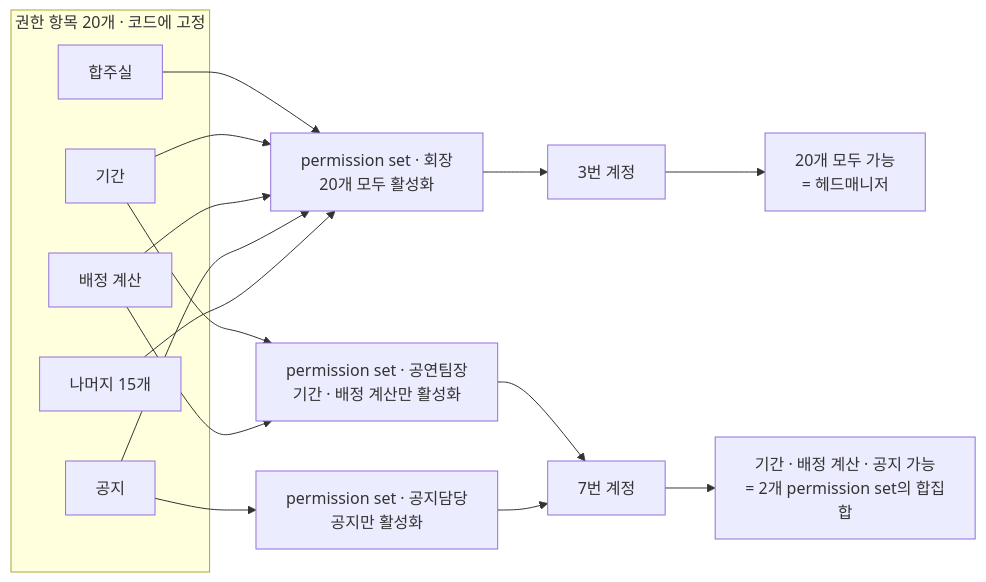
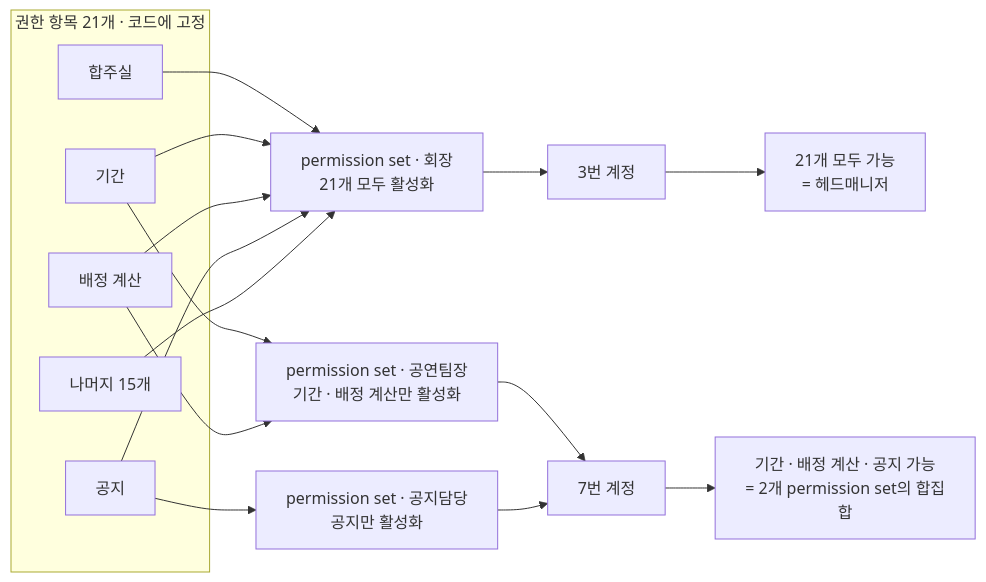
The third of 4 diagrams in .cluedoc/accounts-and-roles/README.md (minkong-dev/Banblit), drawn with Mermaid before and after one commit. The commit also changed other lines of this file and 14 other files, not shown here.

````diff
--- a/.cluedoc/accounts-and-roles/README.md
+++ b/.cluedoc/accounts-and-roles/README.md
@@ -352,23 +353,23 @@
 ```mermaid
 flowchart LR
-    subgraph I[권한 항목 20개 · 코드에 고정]
+    subgraph I[권한 항목 21개 · 코드에 고정]
         A1[합주실]
         A2[기간]
         A3[배정 계산]
         A4[공지]
         A5[나머지 15개]
     end
     A1 --> B1
     A2 --> B1
     A3 --> B1
     A4 --> B1
     A5 --> B1
     A2 --> B2
     A3 --> B2
     A4 --> B3
-    B1[permission set · 회장<br/>20개 모두 활성화] --> M1[3번 계정]
+    B1[permission set · 회장<br/>21개 모두 활성화] --> M1[3번 계정]
     B2[permission set · 공연팀장<br/>기간 · 배정 계산만 활성화] --> M2[7번 계정]
     B3[permission set · 공지담당<br/>공지만 활성화] --> M2
-    M1 --> R1[20개 모두 가능<br/>= 헤드매니저]
+    M1 --> R1[21개 모두 가능<br/>= 헤드매니저]
     M2 --> R2[기간 · 배정 계산 · 공지 가능<br/>= 2개 permission set의 합집합]
 ```
````
